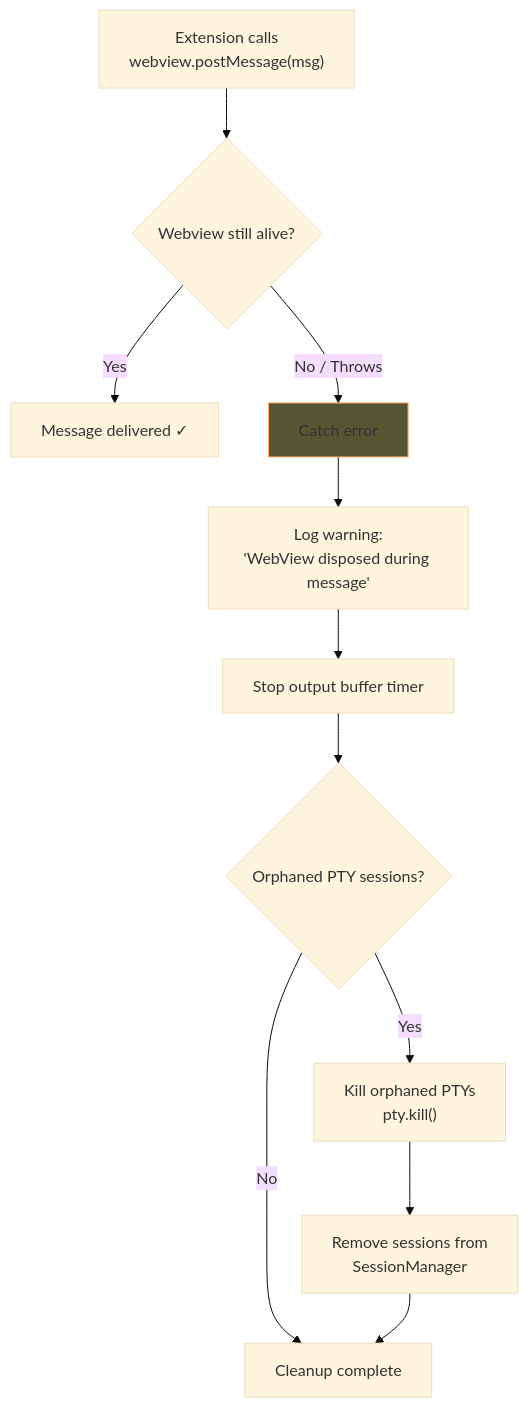
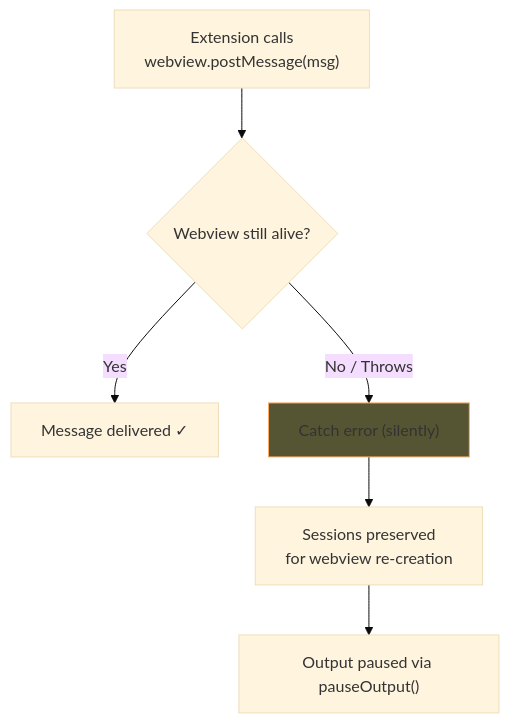
Before and after one commit to huybuidac/anywhere-terminal: the fourth of 8 diagrams in docs/design/error-handling.md, drawn with Mermaid (base theme). The commit also changed other lines of this file and 46 other files, not shown here.

Commit message:
refactor: extract terminal factory, split renderer, and flow control into dedicated modules, reducing main.ts to a composition root, and add new webview tests.

````diff
--- a/docs/design/error-handling.md
+++ b/docs/design/error-handling.md
@@ -177,15 +178,10 @@
 ```mermaid
 flowchart TD
     A["Extension calls<br/>webview.postMessage(msg)"] --> B{"Webview still alive?"}
     B -->|Yes| C["Message delivered ✓"]
-    B -->|No / Throws| D["Catch error"]
-    D --> E["Log warning:<br/>'WebView disposed during message'"]
-    E --> F["Stop output buffer timer"]
-    F --> G{"Orphaned PTY sessions?"}
-    G -->|Yes| H["Kill orphaned PTYs<br/>pty.kill()"]
-    H --> I["Remove sessions from<br/>SessionManager"]
-    G -->|No| J["Cleanup complete"]
-    I --> J
+    B -->|No / Throws| D["Catch error (silently)"]
+    D --> E["Sessions preserved<br/>for webview re-creation"]
+    E --> F["Output paused via pauseOutput()"]
 
     style D fill:#553,stroke:#fa6
 ```
````
